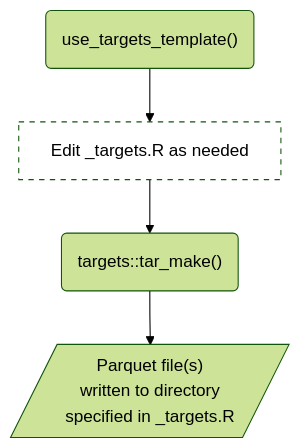
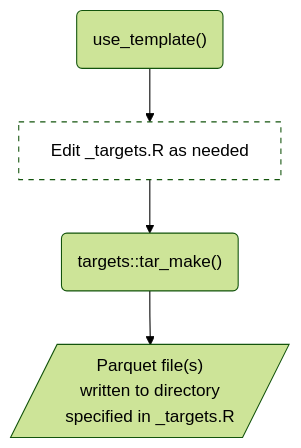
The second of 3 diagrams in vignettes/design.qmd (dp-next/registers2parquet), drawn with Mermaid (forest theme) before and after one commit. The commit also changed other lines of this file, not shown here.

````diff
--- a/vignettes/design.qmd
+++ b/vignettes/design.qmd
@@ -93,16 +111,16 @@
 ```{mermaid}
 %%| label: fig-targets-flow
 %%| fig-cap: "Expected workflow for converting multiple registers using the targets pipeline."
 %%| fig-alt: "A flowchart showing the expected flow of converting register SAS files to Parquet files using the provided targets pipeline template."
 flowchart TD
-    copy_pipeline("use_targets_template()")
+    copy_pipeline("use_template()")
     edit["Edit _targets.R as needed"]
     run_pipeline("targets::tar_make()")
     output[/"Parquet file(s)<br>written to directory<br>specified in _targets.R"/]
 
     %% Edges
     copy_pipeline --> edit --> run_pipeline --> output
 
     %% Style
     style edit fill:#FFFFFF, color:#000000, stroke-dasharray: 5 5
 ```
````
